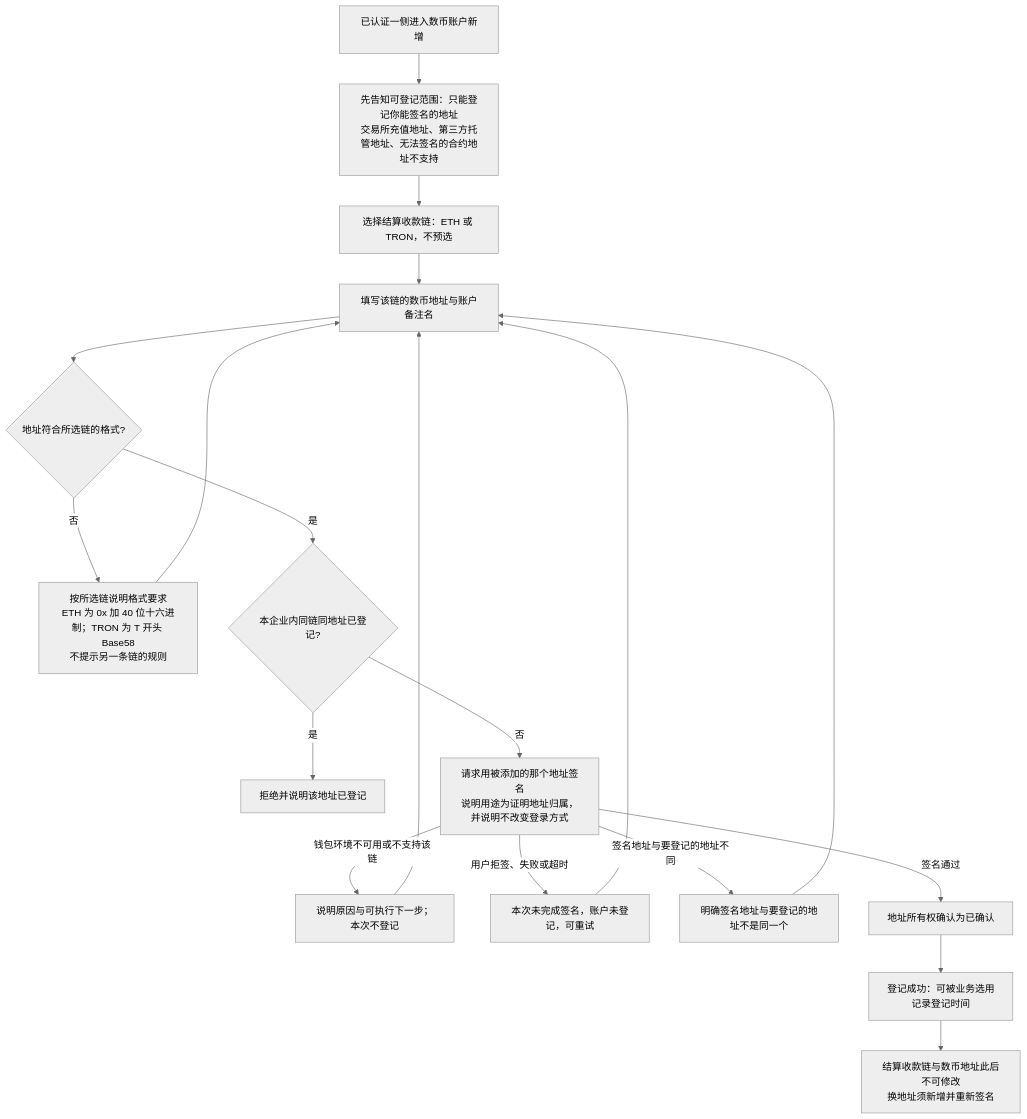
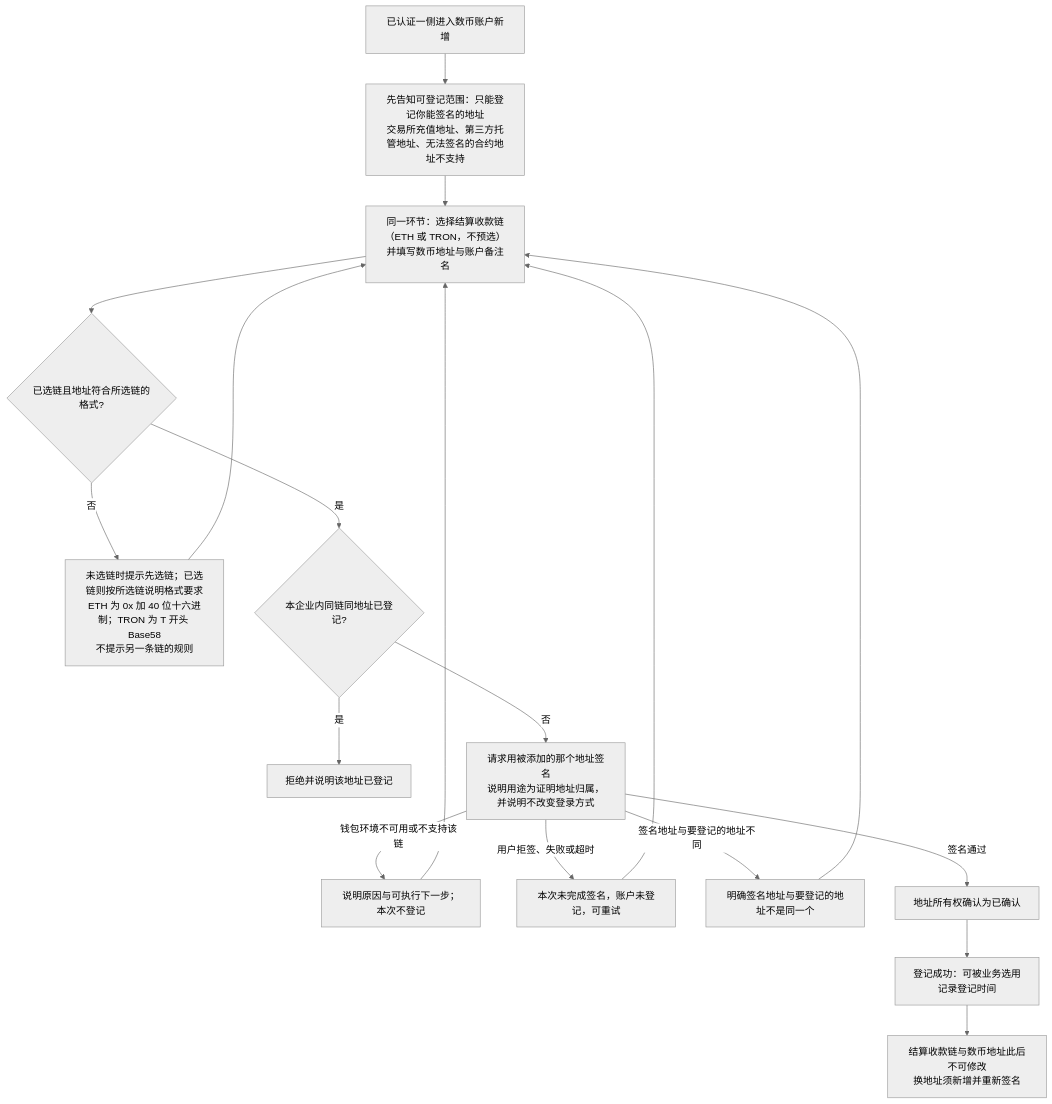
One commit to wxblockchain/Chain-Financing changed the third of 7 diagrams in lending-platform/PRD/面客端/03-企业账户/02-企业账户-流程图与状态机.md. Above: the diagram before and after it, drawn with Mermaid (neutral theme). The commit also changed other lines of this file and 7 other files, not shown here.

````diff
--- a/lending-platform/PRD/面客端/03-企业账户/02-企业账户-流程图与状态机.md
+++ b/lending-platform/PRD/面客端/03-企业账户/02-企业账户-流程图与状态机.md
@@ -70,21 +67,20 @@
 ```mermaid
 flowchart TD
     A[已认证一侧进入数币账户新增] --> B[先告知可登记范围：只能登记你能签名的地址<br/>交易所充值地址、第三方托管地址、无法签名的合约地址不支持]
-    B --> C[选择结算收款链：ETH 或 TRON，不预选]
-    C --> D[填写该链的数币地址与账户备注名]
-    D --> E{地址符合所选链的格式?}
-    E -->|否| F[按所选链说明格式要求<br/>ETH 为 0x 加 40 位十六进制；TRON 为 T 开头 Base58<br/>不提示另一条链的规则]
+    B --> D[同一环节：选择结算收款链（ETH 或 TRON，不预选）<br/>并填写数币地址与账户备注名]
+    D --> E{已选链且地址符合所选链的格式?}
+    E -->|否| F[未选链时提示先选链；已选链则按所选链说明格式要求<br/>ETH 为 0x 加 40 位十六进制；TRON 为 T 开头 Base58<br/>不提示另一条链的规则]
     F --> D
     E -->|是| G{本企业内同链同地址已登记?}
     G -->|是| H[拒绝并说明该地址已登记]
     G -->|否| I[请求用被添加的那个地址签名<br/>说明用途为证明地址归属，并说明不改变登录方式]
     I -->|钱包环境不可用或不支持该链| J[说明原因与可执行下一步；本次不登记]
     I -->|用户拒签、失败或超时| K[本次未完成签名，账户未登记，可重试]
     I -->|签名地址与要登记的地址不同| L[明确签名地址与要登记的地址不是同一个]
     J --> D
     K --> D
     L --> D
     I -->|签名通过| M[地址所有权确认为已确认]
     M --> N[登记成功：可被业务选用<br/>记录登记时间]
     N --> O[结算收款链与数币地址此后不可修改<br/>换地址须新增并重新签名]
 ```
````
